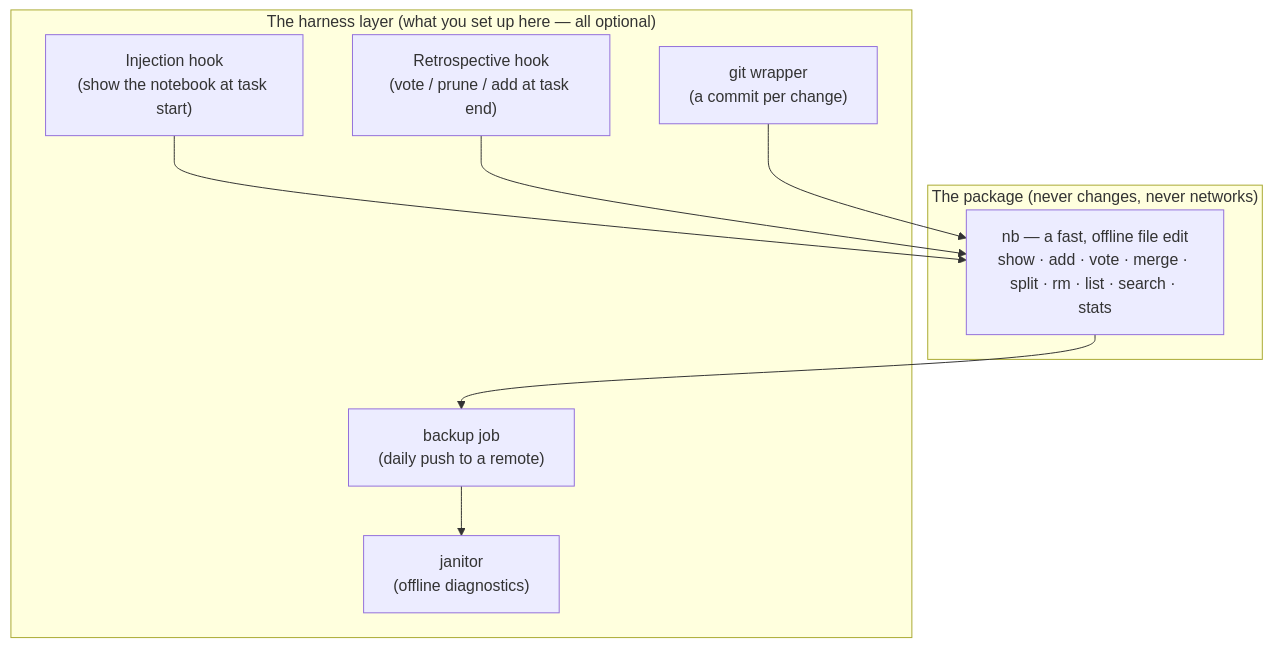
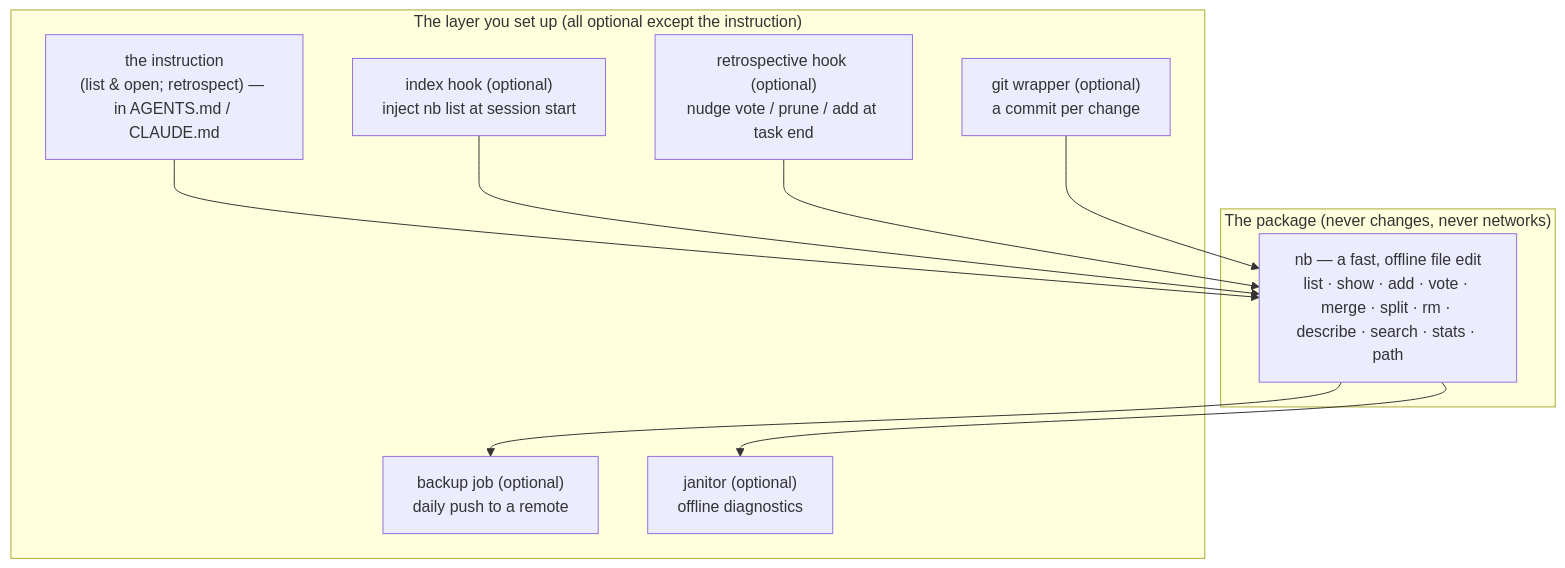
The diagram in docs/harness-setup.md (jeanibarz/agent-notebook), drawn with Mermaid before and after one commit. The commit also changed other lines of this file and 15 other files, not shown here.

````diff
--- a/docs/harness-setup.md
+++ b/docs/harness-setup.md
@@ -15,16 +21,17 @@
 ```mermaid
 flowchart TB
     subgraph core["The package (never changes, never networks)"]
-        NB["nb — a fast, offline file edit<br/>show · add · vote · merge · split · rm · list · search · stats"]
+        NB["nb — a fast, offline file edit<br/>list · show · add · vote · merge · split · rm · describe · search · stats · path"]
     end
-    subgraph harness["The harness layer (what you set up here — all optional)"]
-        H1["Injection hook<br/>(show the notebook at task start)"]
-        H2["Retrospective hook<br/>(vote / prune / add at task end)"]
-        H3["git wrapper<br/>(a commit per change)"]
-        H4["backup job<br/>(daily push to a remote)"]
-        H5["janitor<br/>(offline diagnostics)"]
+    subgraph layer["The layer you set up (all optional except the instruction)"]
+        I["the instruction<br/>(list & open; retrospect) — in AGENTS.md / CLAUDE.md"]
+        H1["index hook (optional)<br/>inject nb list at session start"]
+        H2["retrospective hook (optional)<br/>nudge vote / prune / add at task end"]
+        H3["git wrapper (optional)<br/>a commit per change"]
+        H4["backup job (optional)<br/>daily push to a remote"]
+        H5["janitor (optional)<br/>offline diagnostics"]
     end
-    H1 & H2 --> NB
-    H3 --> NB
-    NB --> H4 --> H5
+    I & H1 & H2 & H3 --> NB
+    NB --> H4
+    NB --> H5
 ```
````
